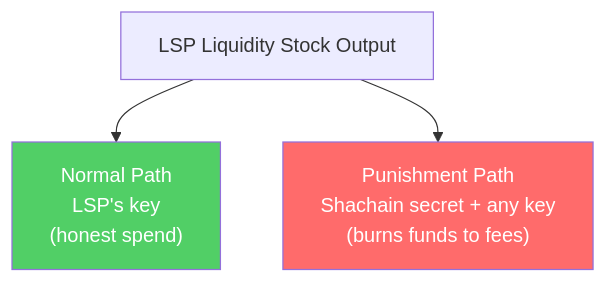
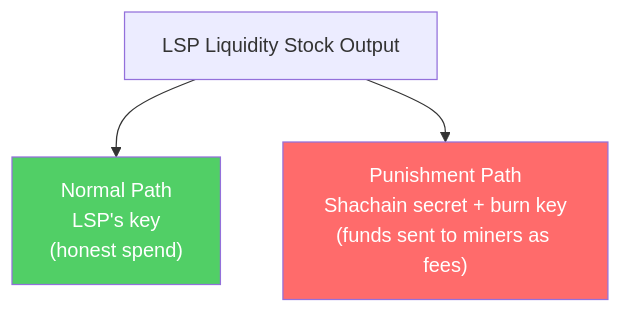
The first of 3 diagrams in core-concepts/shachain-revocation.md (8144225309/superscalar-docs), drawn with Mermaid before and after one commit. The commit also changed other lines of this file and 31 other files, not shown here.

````diff
--- a/core-concepts/shachain-revocation.md
+++ b/core-concepts/shachain-revocation.md
@@ -15,9 +15,9 @@
 ```mermaid
 graph TD
     LS["LSP Liquidity Stock Output"]
     LS --> N["Normal Path<br/>LSP's key<br/>(honest spend)"]
-    LS --> P["Punishment Path<br/>Shachain secret + any key<br/>(burns funds to fees)"]
+    LS --> P["Punishment Path<br/>Shachain secret + burn key<br/>(funds sent to miners as fees)"]
 
     style N fill:#51cf66,color:#fff
     style P fill:#ff6b6b,color:#fff
 ```
````
